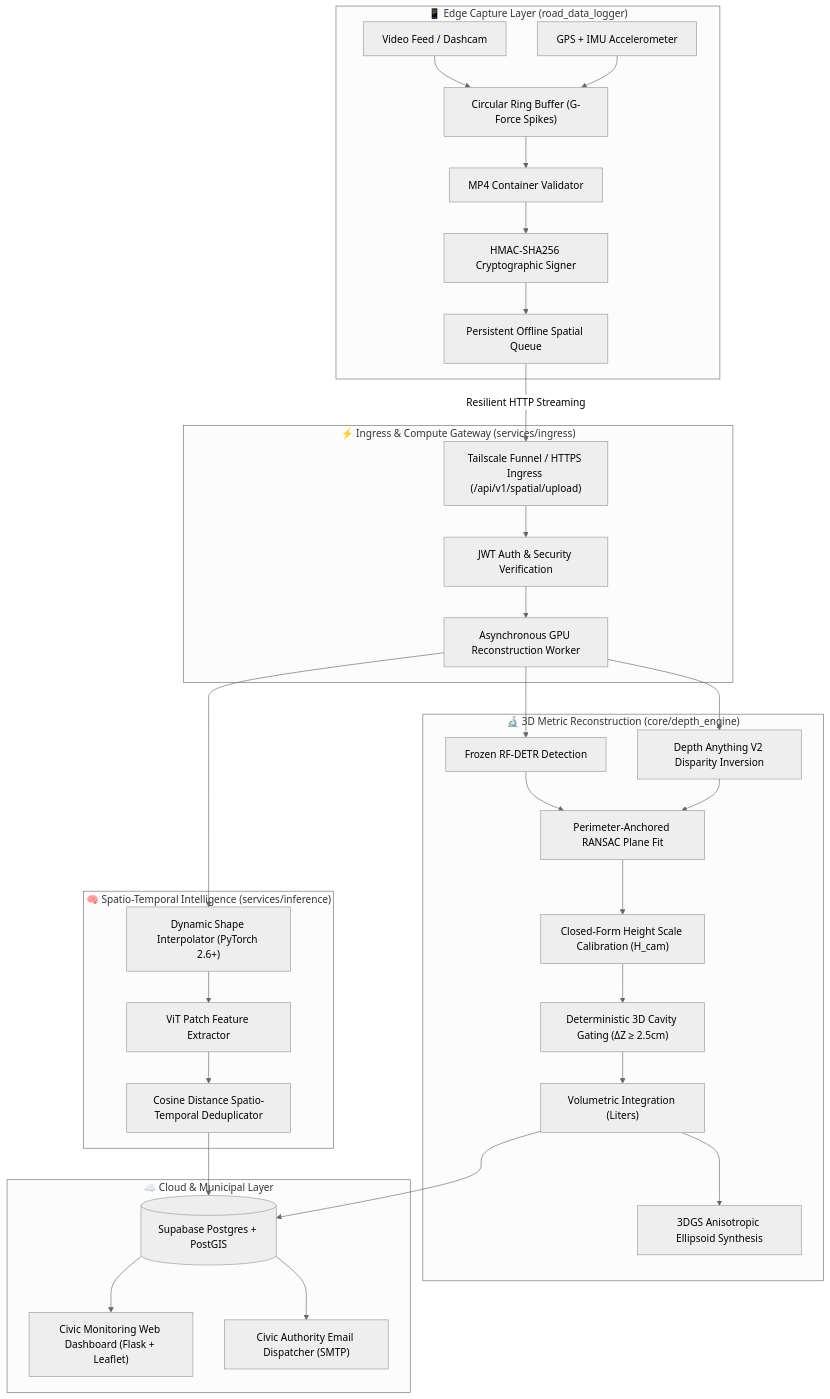
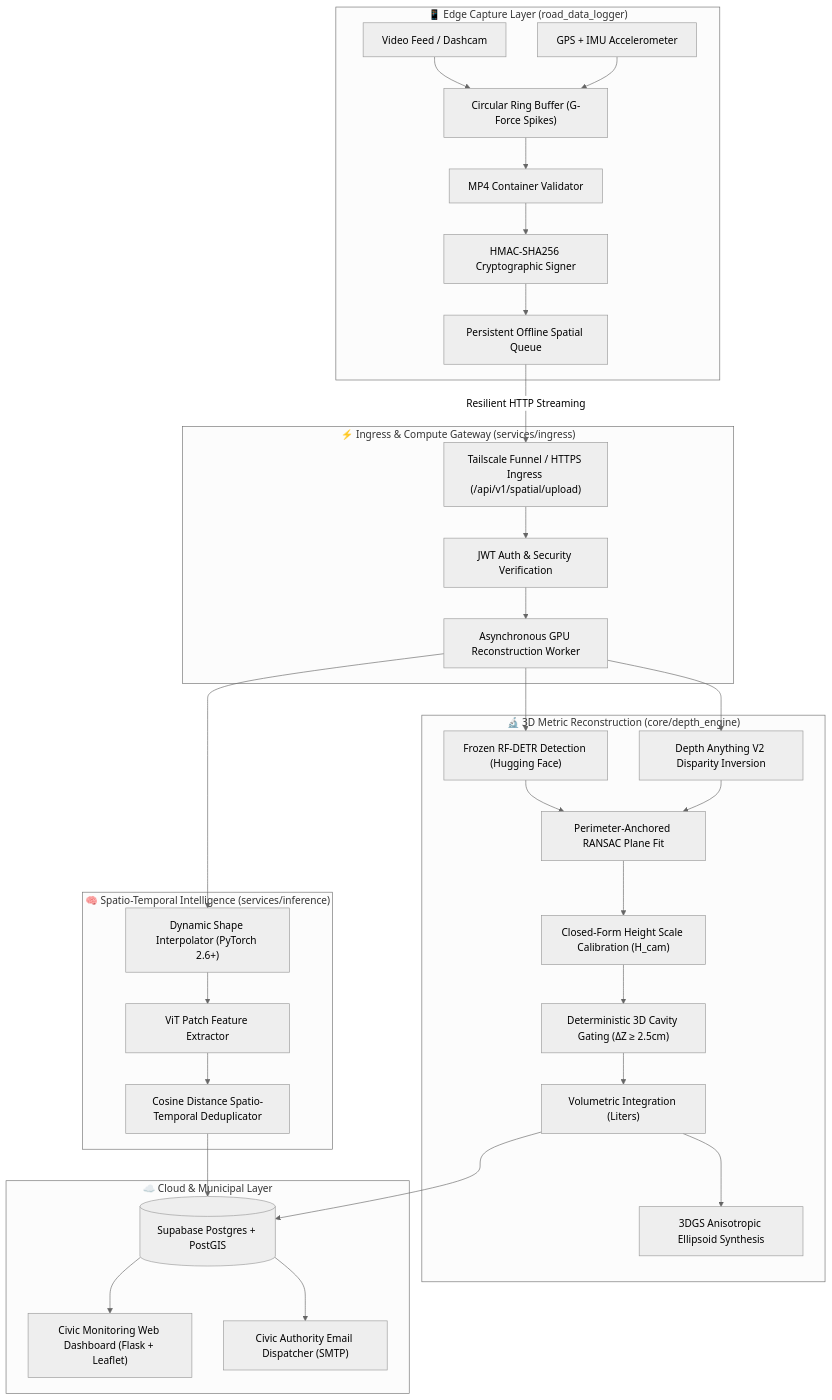
Before and after one commit to astralranger/road-eye: the diagram in README.md, drawn with Mermaid (neutral theme). The commit also changed other lines of this file and 4 other files, not shown here.

Commit message:
docs: add mobile app showcase gallery, Hugging Face model links, and modernize README

````diff
--- a/README.md
+++ b/README.md
@@ -59,53 +134,53 @@
 ```mermaid
 flowchart TB
     subgraph MobileEdge["📱 Edge Capture Layer (road_data_logger)"]
         Cam["Video Feed / Dashcam"]
         Sensors["GPS + IMU Accelerometer"]
         RingBuf["Circular Ring Buffer (G-Force Spikes)"]
         Validator["MP4 Container Validator"]
         Signer["HMAC-SHA256 Cryptographic Signer"]
         Queue["Persistent Offline Spatial Queue"]
         
         Cam & Sensors --> RingBuf
         RingBuf --> Validator --> Signer --> Queue
     end
 
     subgraph IngressGateway["⚡ Ingress & Compute Gateway (services/ingress)"]
         Funnel["Tailscale Funnel / HTTPS Ingress (/api/v1/spatial/upload)"]
         AuthJWT["JWT Auth & Security Verification"]
         AsyncWorker["Asynchronous GPU Reconstruction Worker"]
         
         Queue -->|Resilient HTTP Streaming| Funnel
         Funnel --> AuthJWT --> AsyncWorker
     end
 
     subgraph CoreEngine["🔬 3D Metric Reconstruction (core/depth_engine)"]
-        RFDETR["Frozen RF-DETR Detection"]
+        RFDETR["Frozen RF-DETR Detection (Hugging Face)"]
         DepthAnything["Depth Anything V2 Disparity Inversion"]
         RANSAC["Perimeter-Anchored RANSAC Plane Fit"]
         ScaleCalib["Closed-Form Height Scale Calibration (H_cam)"]
         Gate["Deterministic 3D Cavity Gating (ΔZ ≥ 2.5cm)"]
         VolumeInt["Volumetric Integration (Liters)"]
         Splat3D["3DGS Anisotropic Ellipsoid Synthesis"]
         
         AsyncWorker --> RFDETR & DepthAnything
         RFDETR & DepthAnything --> RANSAC --> ScaleCalib --> Gate --> VolumeInt --> Splat3D
     end
 
     subgraph InferenceBackend["🧠 Spatio-Temporal Intelligence (services/inference)"]
         DynShape["Dynamic Shape Interpolator (PyTorch 2.6+)"]
         ViTExtract["ViT Patch Feature Extractor"]
         Deduplicator["Cosine Distance Spatio-Temporal Deduplicator"]
         
         AsyncWorker --> DynShape --> ViTExtract --> Deduplicator
     end
 
     subgraph DataPlane["☁️ Cloud & Municipal Layer"]
         Supabase[("Supabase Postgres + PostGIS")]
         WebDash["Civic Monitoring Web Dashboard (Flask + Leaflet)"]
         Alerts["Civic Authority Email Dispatcher (SMTP)"]
         
         Deduplicator & VolumeInt --> Supabase
         Supabase --> WebDash & Alerts
     end
 ```
````
